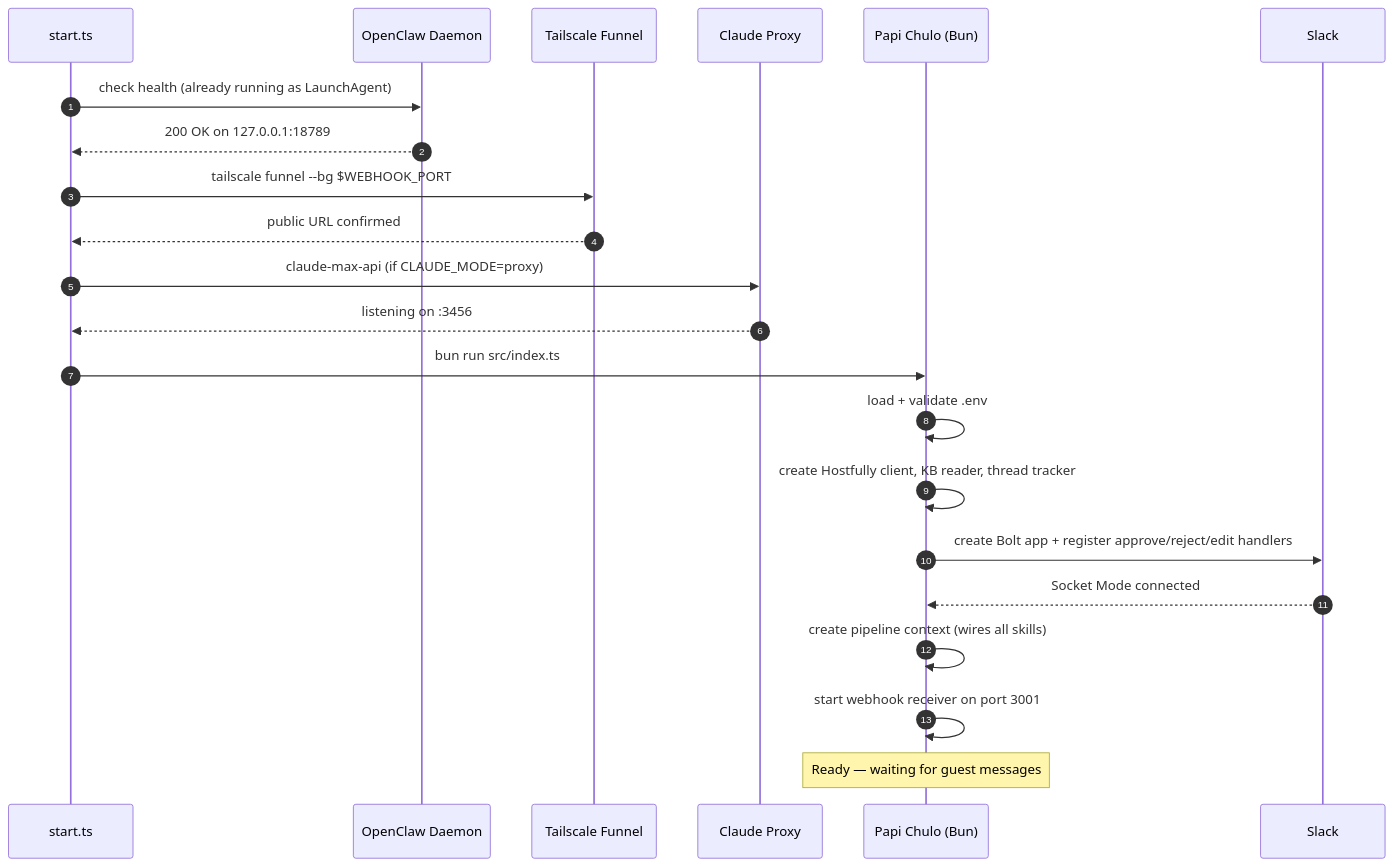
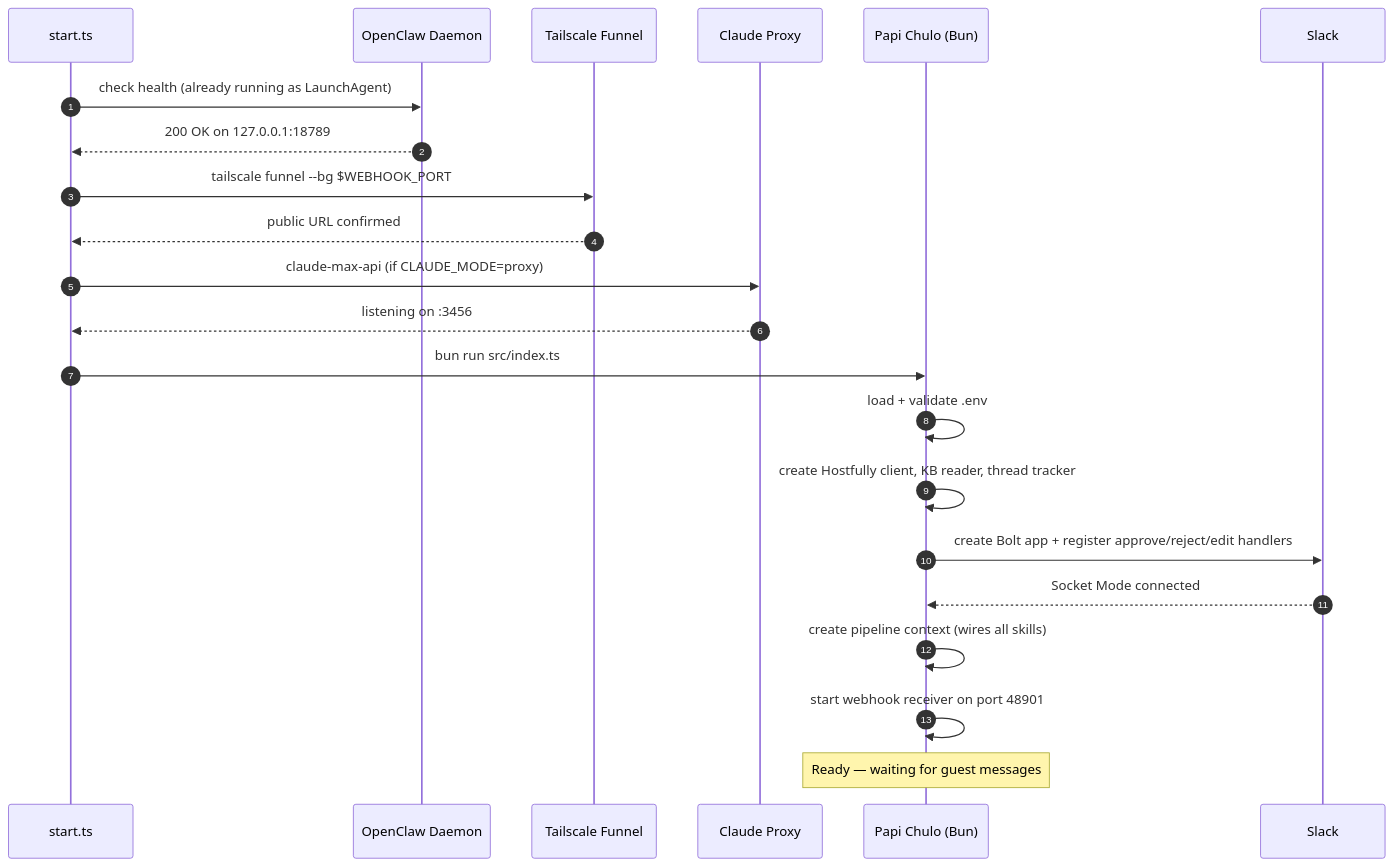
One commit to viiqswim/vlre-ai-employee changed the fourth of 11 diagrams in docs/2026-03-18-1312-architecture.md. Above: the diagram before and after it, drawn with Mermaid. The commit also changed other lines of this file and 6 other files, not shown here.

Commit message:
fix: change webhook port from 3001 to 48901

````diff
--- a/docs/2026-03-18-1312-architecture.md
+++ b/docs/2026-03-18-1312-architecture.md
@@ -188,25 +188,25 @@
 ```mermaid
 sequenceDiagram
     autonumber
     participant SH as start.ts
     participant OC as OpenClaw Daemon
     participant TF as Tailscale Funnel
     participant CP as Claude Proxy
     participant PC as Papi Chulo (Bun)
     participant SL as Slack
 
     SH->>OC: check health (already running as LaunchAgent)
     OC-->>SH: 200 OK on 127.0.0.1:18789
     SH->>TF: tailscale funnel --bg $WEBHOOK_PORT
     TF-->>SH: public URL confirmed
     SH->>CP: claude-max-api (if CLAUDE_MODE=proxy)
     CP-->>SH: listening on :3456
     SH->>PC: bun run src/index.ts
     PC->>PC: load + validate .env
     PC->>PC: create Hostfully client, KB reader, thread tracker
     PC->>SL: create Bolt app + register approve/reject/edit handlers
     SL-->>PC: Socket Mode connected
     PC->>PC: create pipeline context (wires all skills)
-    PC->>PC: start webhook receiver on port 3001
+    PC->>PC: start webhook receiver on port 48901
     Note over PC: Ready — waiting for guest messages
 ```
````
